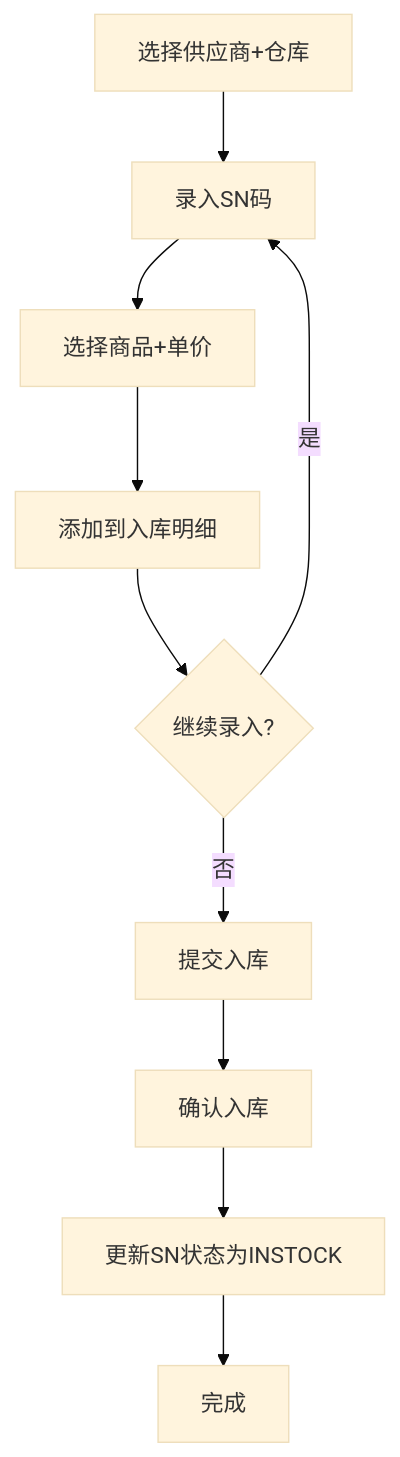
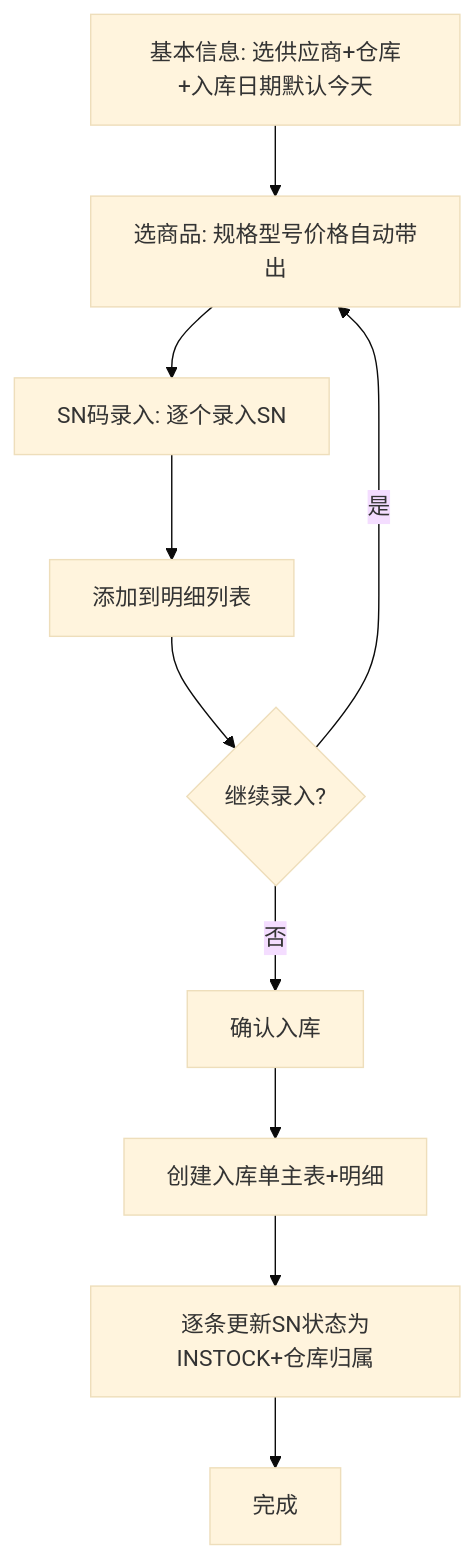
One commit to a18361272323/kewocs-erp changed the diagram in knowledge-base/业务/采购入库流程.md. Above: the diagram before and after it, drawn with Mermaid (base theme). The commit also changed other lines of this file and 7 other files, not shown here.

````diff
--- a/knowledge-base/业务/采购入库流程.md
+++ b/knowledge-base/业务/采购入库流程.md
@@ -11,12 +11,12 @@
 ```mermaid
 flowchart TD
-    S[选择供应商+仓库] --> SN[录入SN码]
-    SN --> P[选择商品+单价]
-    P --> ADD[添加到入库明细]
+    S[基本信息: 选供应商+仓库+入库日期默认今天] --> G[选商品: 规格型号价格自动带出]
+    G --> SN[SN码录入: 逐个录入SN]
+    SN --> ADD[添加到明细列表]
     ADD --> CHECK{继续录入?}
-    CHECK -->|是| SN
-    CHECK -->|否| SUBMIT[提交入库]
-    SUBMIT --> CONFIRM[确认入库]
-    CONFIRM --> UP[更新SN状态为INSTOCK]
+    CHECK -->|是| G
+    CHECK -->|否| SUBMIT[确认入库]
+    SUBMIT --> CREATE[创建入库单主表+明细]
+    CREATE --> UP[逐条更新SN状态为INSTOCK+仓库归属]
     UP --> FINISH[完成]
 ```
````
